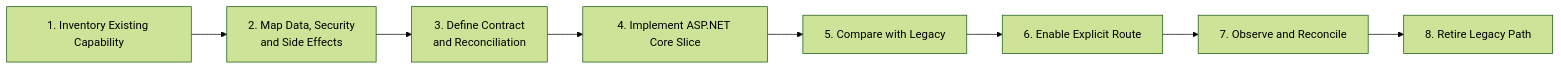
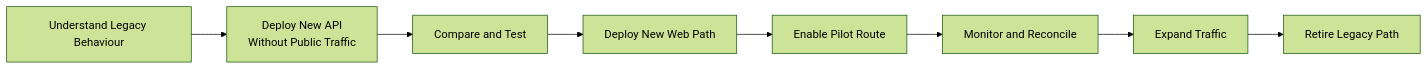
The second of 2 diagrams in docs/client/02-strangler-migration-plan.md (harshh-debug/LCA-migration), drawn with Mermaid (forest theme) before and after one commit. The commit also changed other lines of this file and 153 other files, not shown here.

````diff
--- a/docs/client/02-strangler-migration-plan.md
+++ b/docs/client/02-strangler-migration-plan.md
@@ -211,13 +194,13 @@
 ```mermaid
 flowchart LR
-    A[1. Inventory Existing Capability]
-    B[2. Map Data, Security<br/>and Side Effects]
-    C[3. Define Contract<br/>and Reconciliation]
-    D[4. Implement ASP.NET Core Slice]
-    E[5. Compare with Legacy]
-    F[6. Enable Explicit Route]
-    G[7. Observe and Reconcile]
-    H[8. Retire Legacy Path]
+    A[Understand Legacy Behaviour]
+    B[Deploy New API<br/>Without Public Traffic]
+    C[Compare and Test]
+    D[Deploy New Web Path]
+    E[Enable Pilot Route]
+    F[Monitor and Reconcile]
+    G[Expand Traffic]
+    H[Retire Legacy Path]
 
     A --> B --> C --> D --> E --> F --> G --> H
 ```
````
